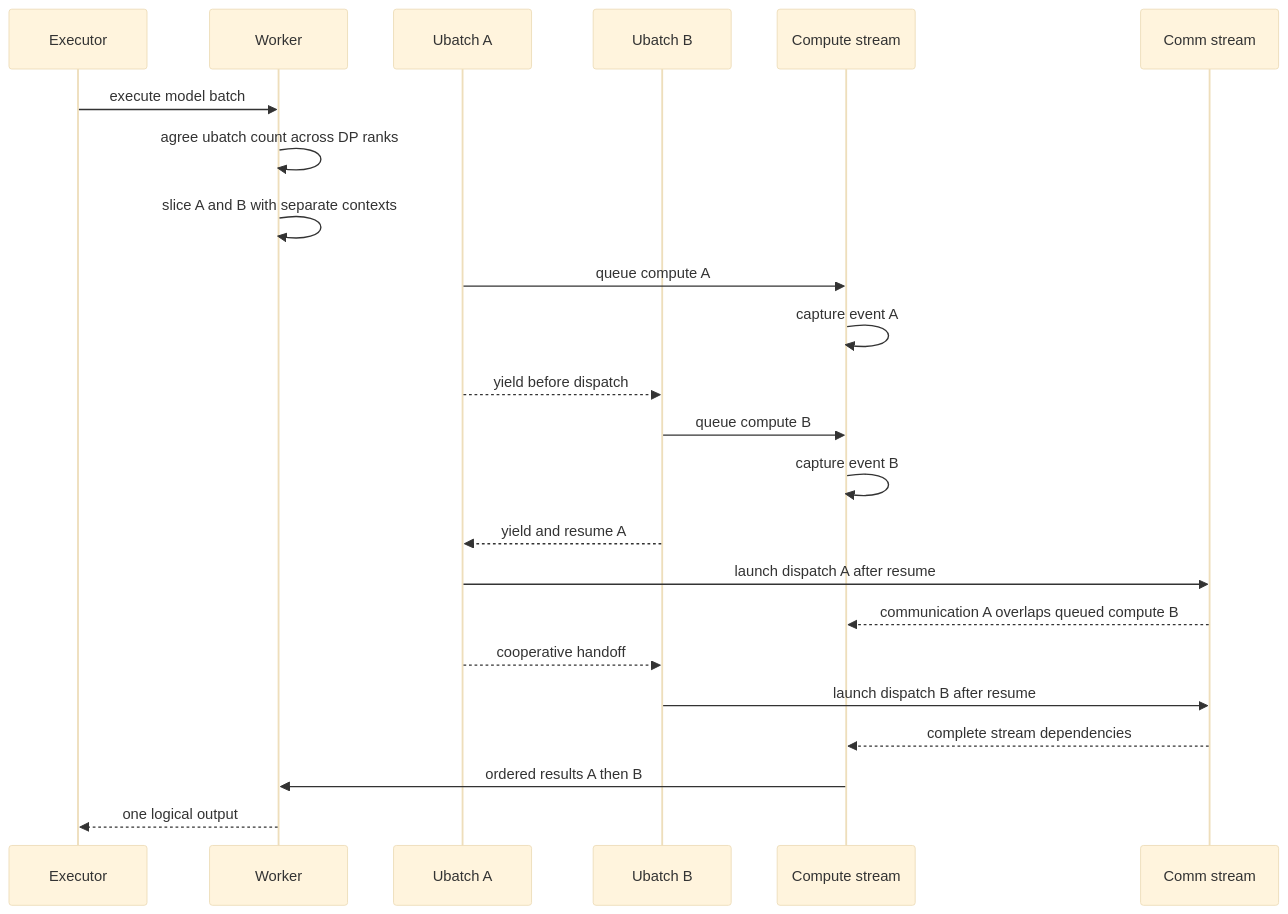
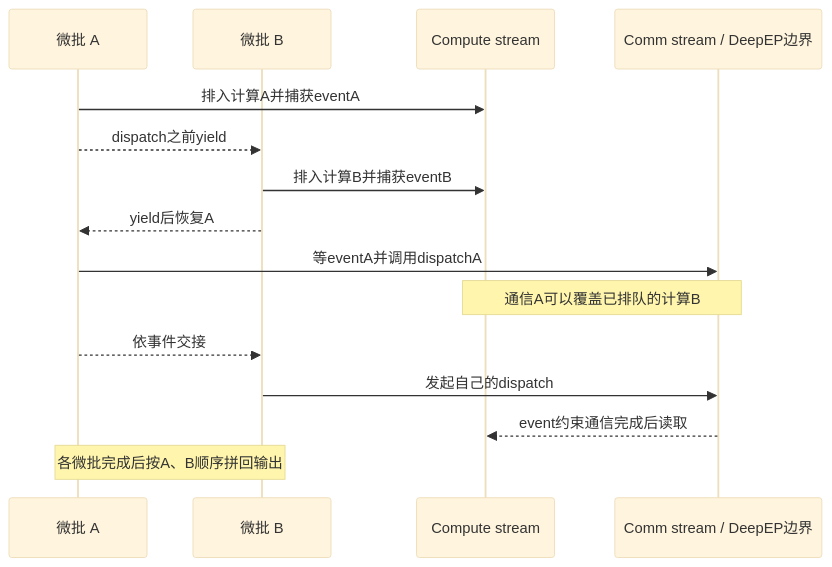
One commit to suhaibo666/llm-knowledge changed the fifth of 5 diagrams in wiki/02_engineering/03_infer_frameworks/vllm/22_vllm_distributed_inference_analysis.md. Above: the diagram before and after it, drawn with Mermaid (base theme). The commit also changed other lines of this file and 49 other files, not shown here.

````diff
--- a/wiki/02_engineering/03_infer_frameworks/vllm/22_vllm_distributed_inference_analysis.md
+++ b/wiki/02_engineering/03_infer_frameworks/vllm/22_vllm_distributed_inference_analysis.md
@@ -155,25 +251,17 @@
 ```mermaid
 sequenceDiagram
-    participant E as Executor
-    participant W as Worker
-    participant A as Ubatch A
-    participant B as Ubatch B
+    participant A as 微批 A
+    participant B as 微批 B
     participant C as Compute stream
-    participant M as Comm stream
-    E->>W: execute model batch
-    W->>W: agree ubatch count across DP ranks
-    W->>W: slice A and B with separate contexts
-    A->>C: queue compute A
-    C->>C: capture event A
-    A-->>B: yield before dispatch
-    B->>C: queue compute B
-    C->>C: capture event B
-    B-->>A: yield and resume A
-    A->>M: launch dispatch A after resume
-    M-->>C: communication A overlaps queued compute B
-    A-->>B: cooperative handoff
-    B->>M: launch dispatch B after resume
-    M-->>C: complete stream dependencies
-    C->>W: ordered results A then B
-    W-->>E: one logical output
+    participant M as Comm stream / DeepEP边界
+    A->>C: 排入计算A并捕获eventA
+    A-->>B: dispatch之前yield
+    B->>C: 排入计算B并捕获eventB
+    B-->>A: yield后恢复A
+    A->>M: 等eventA并调用dispatchA
+    Note over C,M: 通信A可以覆盖已排队的计算B
+    A-->>B: 依事件交接
+    B->>M: 发起自己的dispatch
+    M-->>C: event约束通信完成后读取
+    Note over A,B: 各微批完成后按A、B顺序拼回输出
 ```
````
